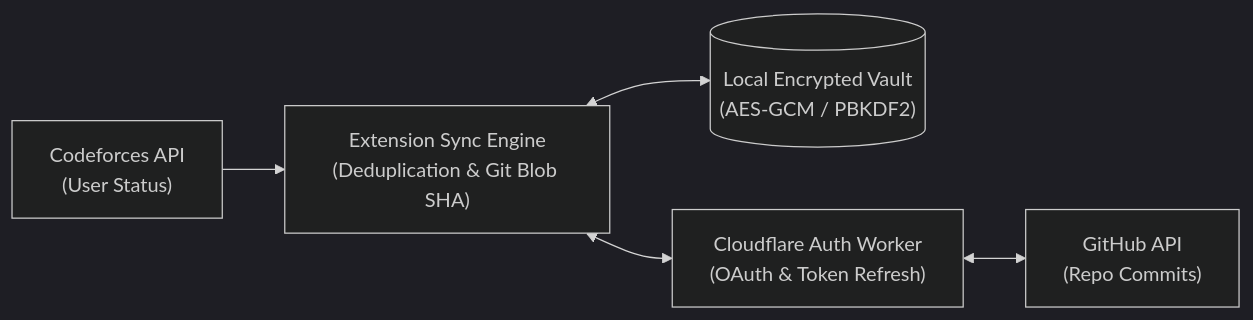
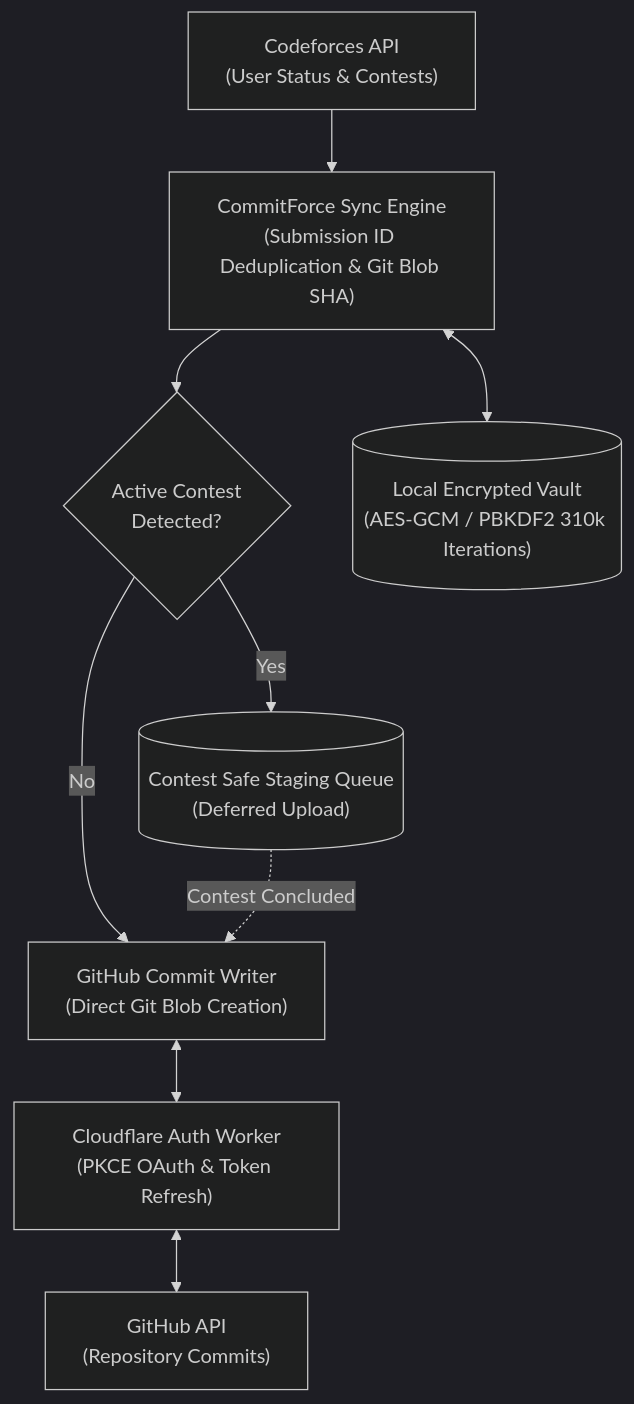
Before and after one commit to F0RREALTHO/codeforces-github-sync: the diagram in README.md, drawn with Mermaid (dark theme). The commit also changed other lines of this file and 38 other files, not shown here.

Commit message:
feat: rebrand to CommitForce, implement streak fire tiers, preserve all AC solutions, add contest safety, and update store packages

````diff
--- a/README.md
+++ b/README.md
@@ -107,7 +174,11 @@
 ```mermaid
-flowchart LR
-    CF["Codeforces API\n(User Status)"] --> Ext["Extension Sync Engine\n(Deduplication & Git Blob SHA)"]
-    Ext <--> Vault[("Local Encrypted Vault\n(AES-GCM / PBKDF2)")]
-    Ext <--> Worker["Cloudflare Auth Worker\n(OAuth & Token Refresh)"]
-    Worker <--> GH["GitHub API\n(Repo Commits)"]
+flowchart TD
+    CF["Codeforces API\n(User Status & Contests)"] --> Engine["CommitForce Sync Engine\n(Submission ID Deduplication & Git Blob SHA)"]
+    ContestGuard{"Active Contest\nDetected?"} -->|Yes| Queue[("Contest Safe Staging Queue\n(Deferred Upload)")]
+    ContestGuard -->|No| Writer["GitHub Commit Writer\n(Direct Git Blob Creation)"]
+    Queue -.->|Contest Concluded| Writer
+    Engine --> ContestGuard
+    Engine <--> Vault[("Local Encrypted Vault\n(AES-GCM / PBKDF2 310k Iterations)")]
+    Writer <--> Worker["Cloudflare Auth Worker\n(PKCE OAuth & Token Refresh)"]
+    Worker <--> GH["GitHub API\n(Repository Commits)"]
 ```
````
